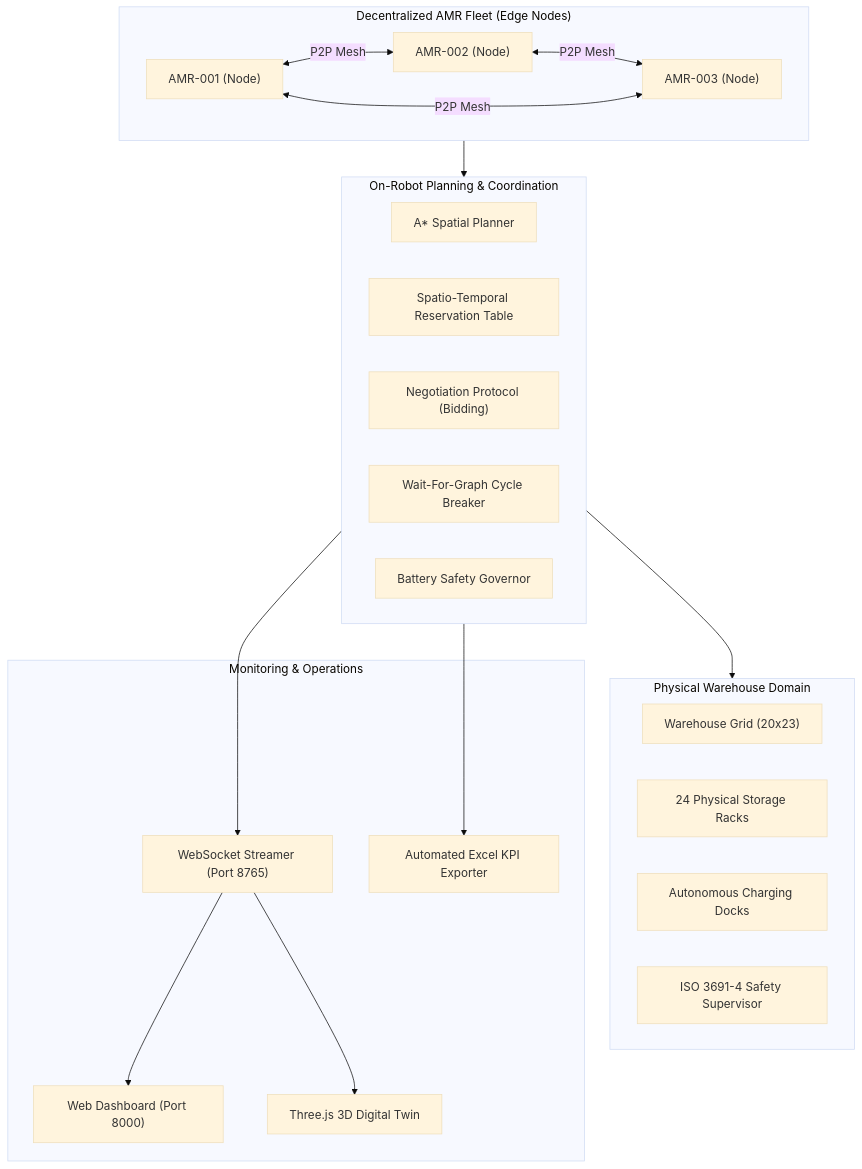
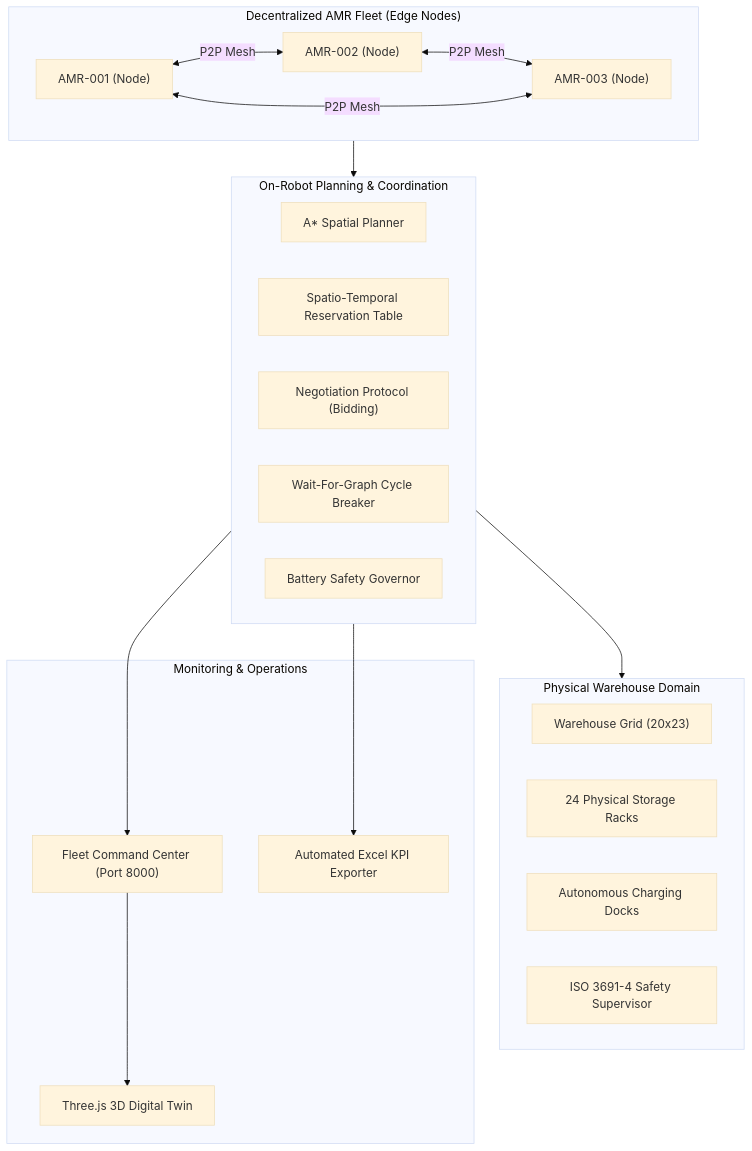
One commit to codebyAtharva09/AMR changed the diagram in README.md. Above: the diagram before and after it, drawn with Mermaid (base theme). The commit also changed other lines of this file and 16 other files, not shown here.

Commit message:
refactor(ui): remove classic dashboard (UI, server routes, websocket, legacy UI tests); / now redirects to the Fleet Command Center

````diff
--- a/README.md
+++ b/README.md
@@ -91,37 +91,35 @@
 ```mermaid
 flowchart TD
     subgraph Fleet ["Decentralized AMR Fleet (Edge Nodes)"]
         AMR1["AMR-001 (Node)"] <-->|P2P Mesh| AMR2["AMR-002 (Node)"]
         AMR2 <-->|P2P Mesh| AMR3["AMR-003 (Node)"]
         AMR3 <-->|P2P Mesh| AMR1
     end
 
     subgraph CoreEngine ["On-Robot Planning & Coordination"]
         ASTAR["A* Spatial Planner"]
         RES["Spatio-Temporal Reservation Table"]
         NEG["Negotiation Protocol (Bidding)"]
         WFG["Wait-For-Graph Cycle Breaker"]
         BAT["Battery Safety Governor"]
     end
 
     subgraph Environment ["Physical Warehouse Domain"]
         MAP["Warehouse Grid (20x23)"]
         RACKS["24 Physical Storage Racks"]
         DOCKS["Autonomous Charging Docks"]
         SAFETY["ISO 3691-4 Safety Supervisor"]
     end
 
     subgraph Telemetry ["Monitoring & Operations"]
-        DASH["Web Dashboard (Port 8000)"]
-        WS["WebSocket Streamer (Port 8765)"]
+        DASH["Fleet Command Center (Port 8000)"]
         TWIN["Three.js 3D Digital Twin"]
         EXCEL["Automated Excel KPI Exporter"]
     end
 
     Fleet --> CoreEngine
     CoreEngine --> Environment
-    CoreEngine --> WS
-    WS --> DASH
-    WS --> TWIN
+    CoreEngine --> DASH
+    DASH --> TWIN
     CoreEngine --> EXCEL
 ```
````
